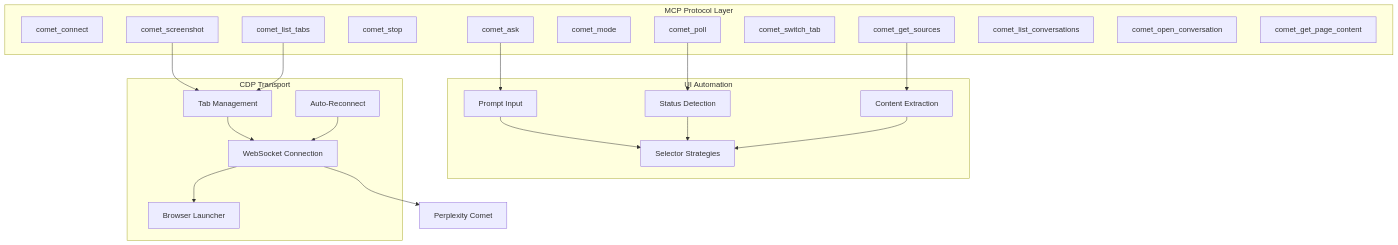
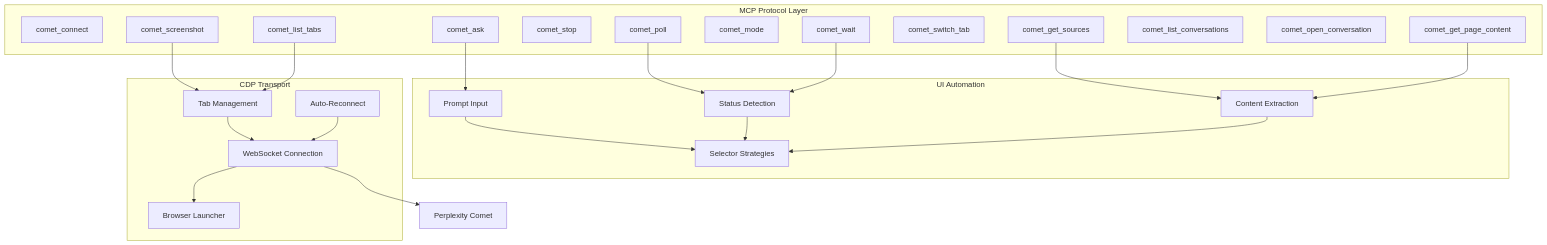
The second of 2 diagrams in README.md (OneStepAt4time/mcp-comet), drawn with Mermaid before and after one commit. The commit also changed other lines of this file, not shown here.

````diff
--- a/README.md
+++ b/README.md
@@ -180,33 +169,34 @@
 ```mermaid
 graph TD
   subgraph MCP["MCP Protocol Layer"]
     T1[comet_connect] & T2[comet_ask] & T3[comet_poll]
-    T4[comet_stop] & T5[comet_screenshot] & T6[comet_mode]
-    T7[comet_list_tabs] & T8[comet_switch_tab]
-    T9[comet_get_sources] & T10[comet_list_conversations]
-    T11[comet_open_conversation] & T12[comet_get_page_content]
+    T4[comet_wait] & T5[comet_stop] & T6[comet_screenshot]
+    T7[comet_mode] & T8[comet_list_tabs] & T9[comet_switch_tab]
+    T10[comet_get_sources] & T11[comet_list_conversations]
+    T12[comet_open_conversation] & T13[comet_get_page_content]
   end
 
   subgraph UI["UI Automation"]
     S[Selector Strategies]
     I[Prompt Input]
     ST[Status Detection]
     EX[Content Extraction]
   end
 
   subgraph CDP["CDP Transport"]
     BR[Browser Launcher]
     CO[WebSocket Connection]
     TA[Tab Management]
     RC[Auto-Reconnect]
   end
 
   T2 --> I
   T3 --> ST
-  T9 --> EX
-  T5 & T7 --> TA
+  T4 --> ST
+  T10 & T13 --> EX
+  T6 & T8 --> TA
   I & ST & EX --> S
   CO --> BR
   TA & RC --> CO
   CO --> Comet[Perplexity Comet]
 ```
````
